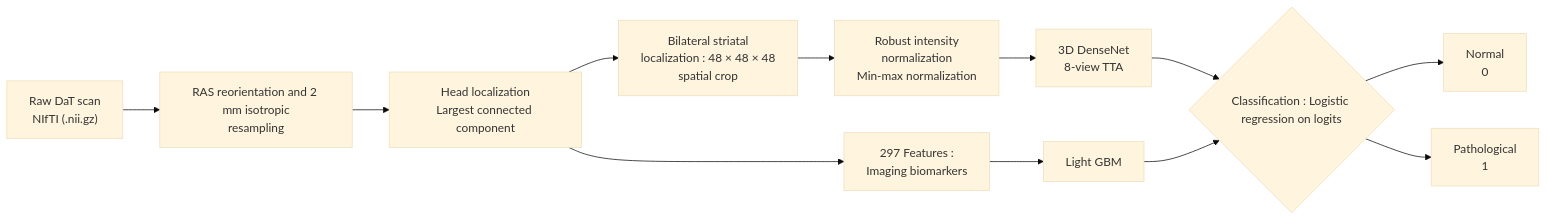
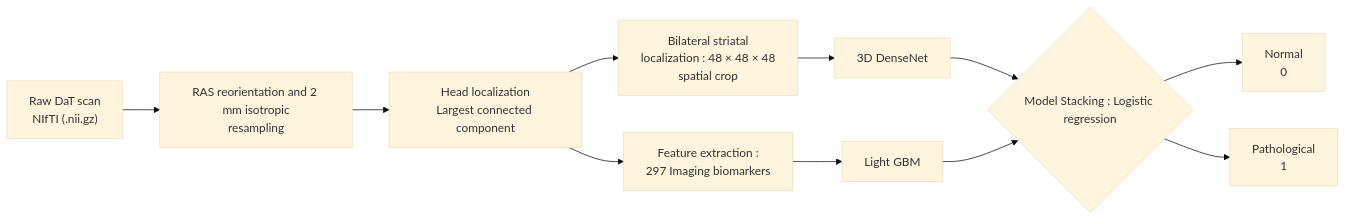
The diagram in README.md (Robenson-Muscat/DaTParkinson), drawn with Mermaid (base theme) before and after one commit.

Commit message:
Update pipeline scheme

````diff
--- a/README.md
+++ b/README.md
@@ -142,15 +142,14 @@
 ```mermaid
 flowchart LR
     A["Raw DaT scan<br/>NIfTI (.nii.gz)"] 
     --> B["RAS reorientation and 2 mm isotropic<br/>resampling"]
     --> D["Head localization<br/>Largest connected component"]
-    D--> E["297 Features :<br/> Imaging biomarkers"]
+    D--> E["Feature extraction :<br/>297 Imaging biomarkers"]
     E-->F1["Light GBM"]
     D--> F2["Bilateral striatal<br/>localization : 48 × 48 × 48<br/>spatial crop"]
-    --> G["Robust intensity<br/>normalization<br/>Min-max normalization"]
-    --> H["3D DenseNet<br/> 8-view TTA"]
-    --> I{"Classification : Logistic regression on logits"}
+    --> H["3D DenseNet<br/>"]
+    --> I{"Model Stacking : Logistic regression "}
     F1-->I
     --> J["Normal<br/>0"]
     I --> K["Pathological<br/>1"]
 ```
````
